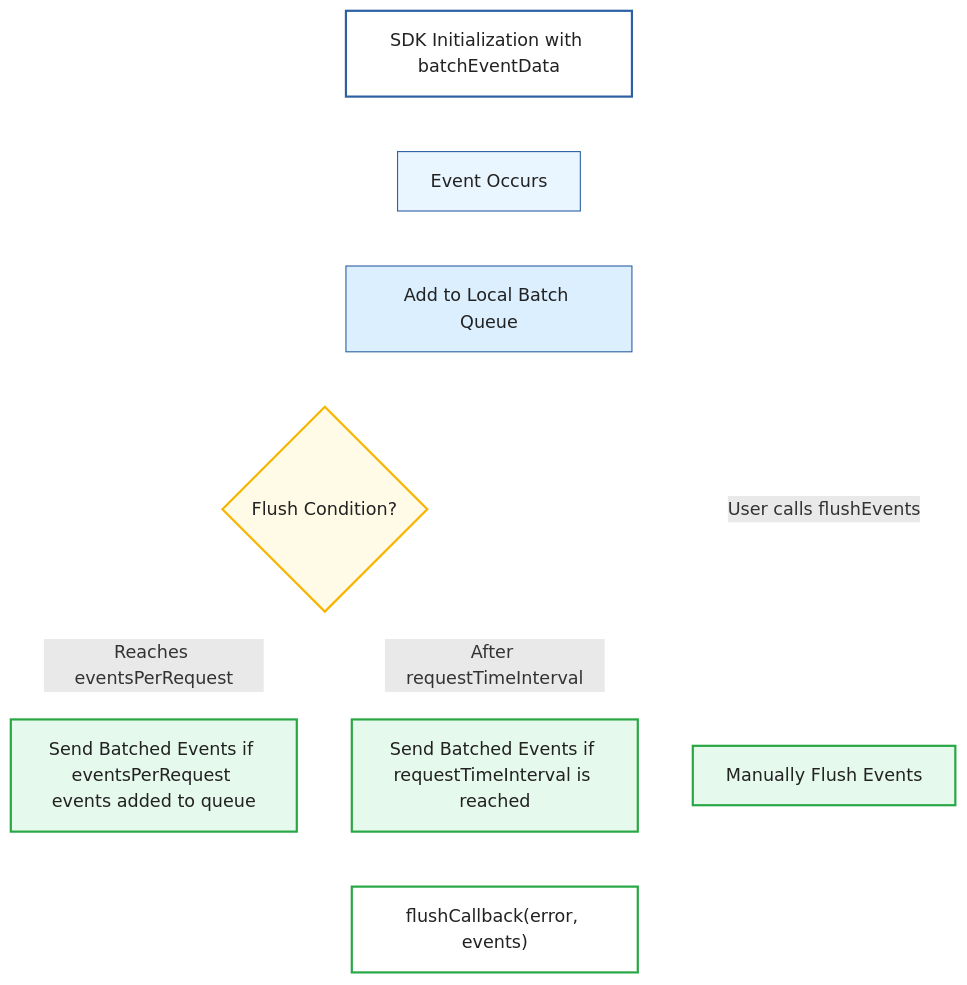
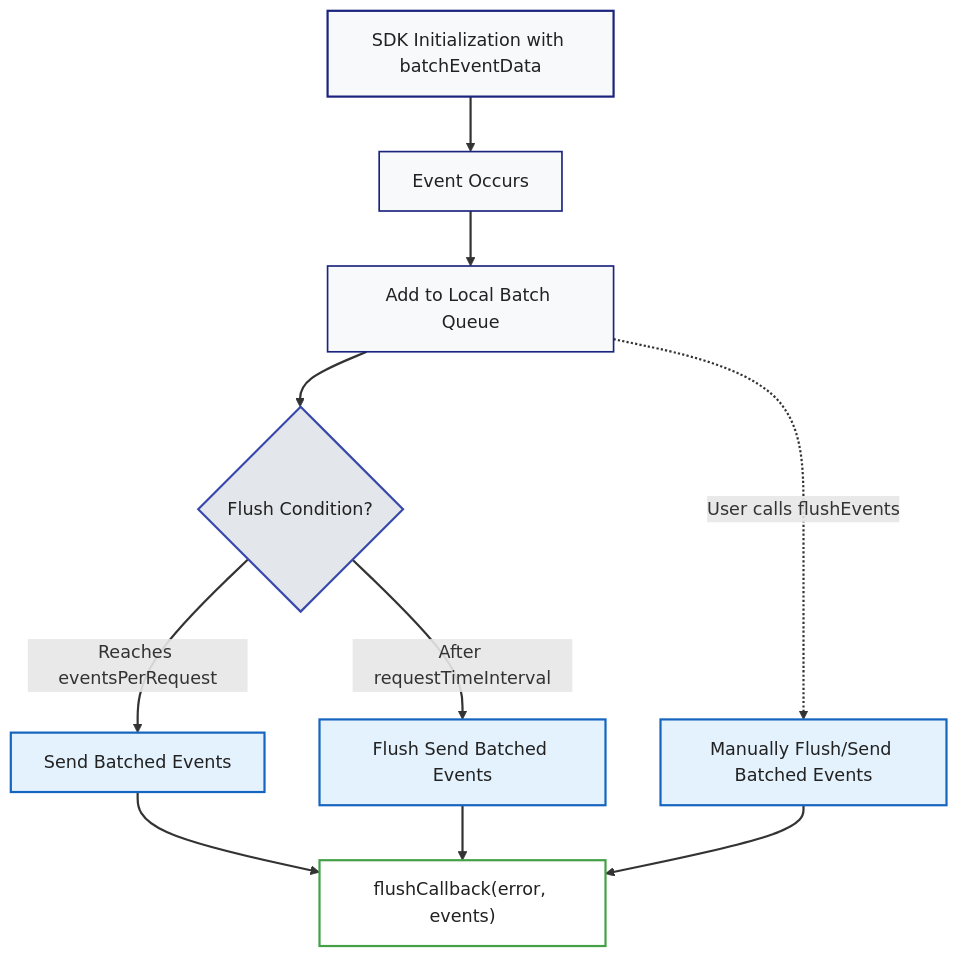
The diagram in docs/Concepts/wip-rd-event-batching-copy.md (wingify/readme-central), drawn with Mermaid before and after one commit.

Commit message:
Update doc `wip-rd-event-batching-copy`

````diff
--- a/docs/Concepts/wip-rd-event-batching-copy.md
+++ b/docs/Concepts/wip-rd-event-batching-copy.md
@@ -159,31 +159,31 @@
 ```mermaid
 flowchart TD
     A["SDK Initialization with batchEventData"] --> B["Event Occurs"]
     B --> C["Add to Local Batch Queue"]
 
     %% Automatic Flushing triggers
     C --> D1{"Flush Condition?"}
-    D1 -->|"Reaches eventsPerRequest"| E1["Send Batched Events if eventsPerRequest events added to queue"]
-    D1 -->|"After requestTimeInterval"| E2["Send Batched Events if requestTimeInterval is reached"]
+    D1 -->|"Reaches eventsPerRequest"| E1["Send Batched Events"]
+    D1 -->|"After requestTimeInterval"| E2["Flush Send Batched Events"]
 
     %% Manual Flush
-    C -.->|"User calls flushEvents"| E3["Manually Flush Events"]
+    C -.->|"User calls flushEvents"| E3["Manually Flush/Send Batched Events"]
 
     %% All flushes trigger callback
     E1 --> X["flushCallback(error, events)"]
     E2 --> X
     E3 --> X
 
-    %% Notes
-    style A fill:#ffffff,stroke:#2d5fa4,stroke-width:2px,color:#222
-    style B fill:#eaf6ff,stroke:#2d5fa4,stroke-width:1px,color:#222
-    style C fill:#dbefff,stroke:#2d5fa4,stroke-width:1px,color:#222
-    style D1 fill:#fffbe6,stroke:#f7b500,stroke-width:2px,color:#222
-    style E1 fill:#e6f9ed,stroke:#28a745,stroke-width:2px,color:#222
-    style E2 fill:#e6f9ed,stroke:#28a745,stroke-width:2px,color:#222
-    style E3 fill:#e6f9ed,stroke:#28a745,stroke-width:2px,color:#222
-    style X fill:#ffffff,stroke:#28a745,stroke-width:2px,color:#222
+    %% Node styles for universal readability
+    style A fill:#f8f9fa,stroke:#1a237e,stroke-width:2px,color:#222
+    style B fill:#f8f9fa,stroke:#1a237e,stroke-width:1.5px,color:#222
+    style C fill:#f8f9fa,stroke:#1a237e,stroke-width:1.5px,color:#222
+    style D1 fill:#e3e6ea,stroke:#3949ab,stroke-width:2px,color:#222
+    style E1 fill:#e3f2fd,stroke:#1565c0,stroke-width:2px,color:#222
+    style E2 fill:#e3f2fd,stroke:#1565c0,stroke-width:2px,color:#222
+    style E3 fill:#e3f2fd,stroke:#1565c0,stroke-width:2px,color:#222
+    style X fill:#fff,stroke:#43a047,stroke-width:2px,color:#222
 
-    %% Make all arrows white
-    linkStyle default stroke:#fff,stroke-width:2px
+    %% Use a dark gray for arrows for visibility on both themes
+    linkStyle default stroke:#333,stroke-width:2px
 ```
````
